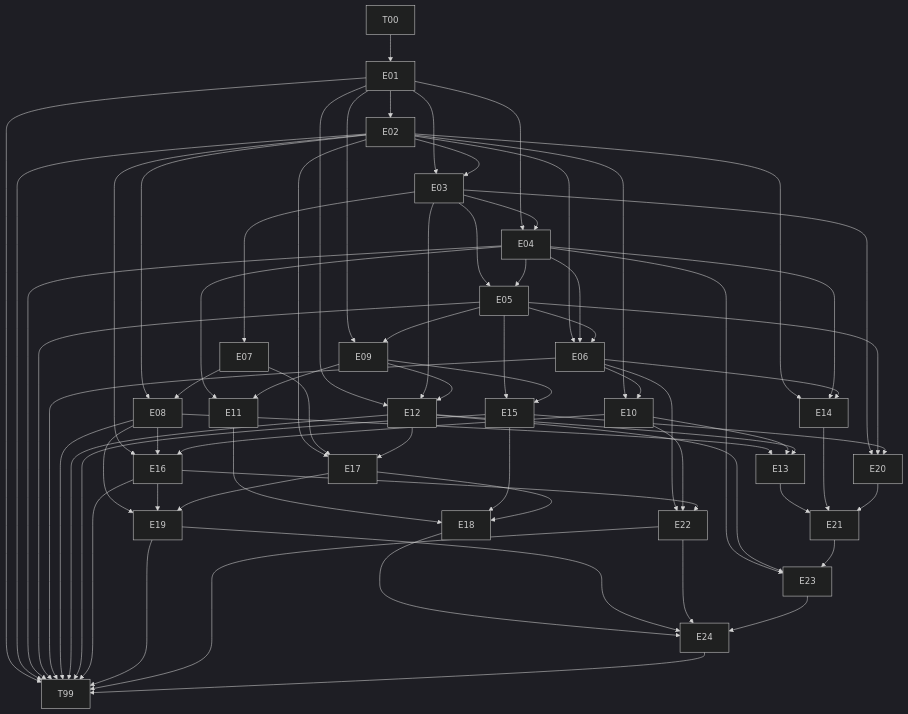
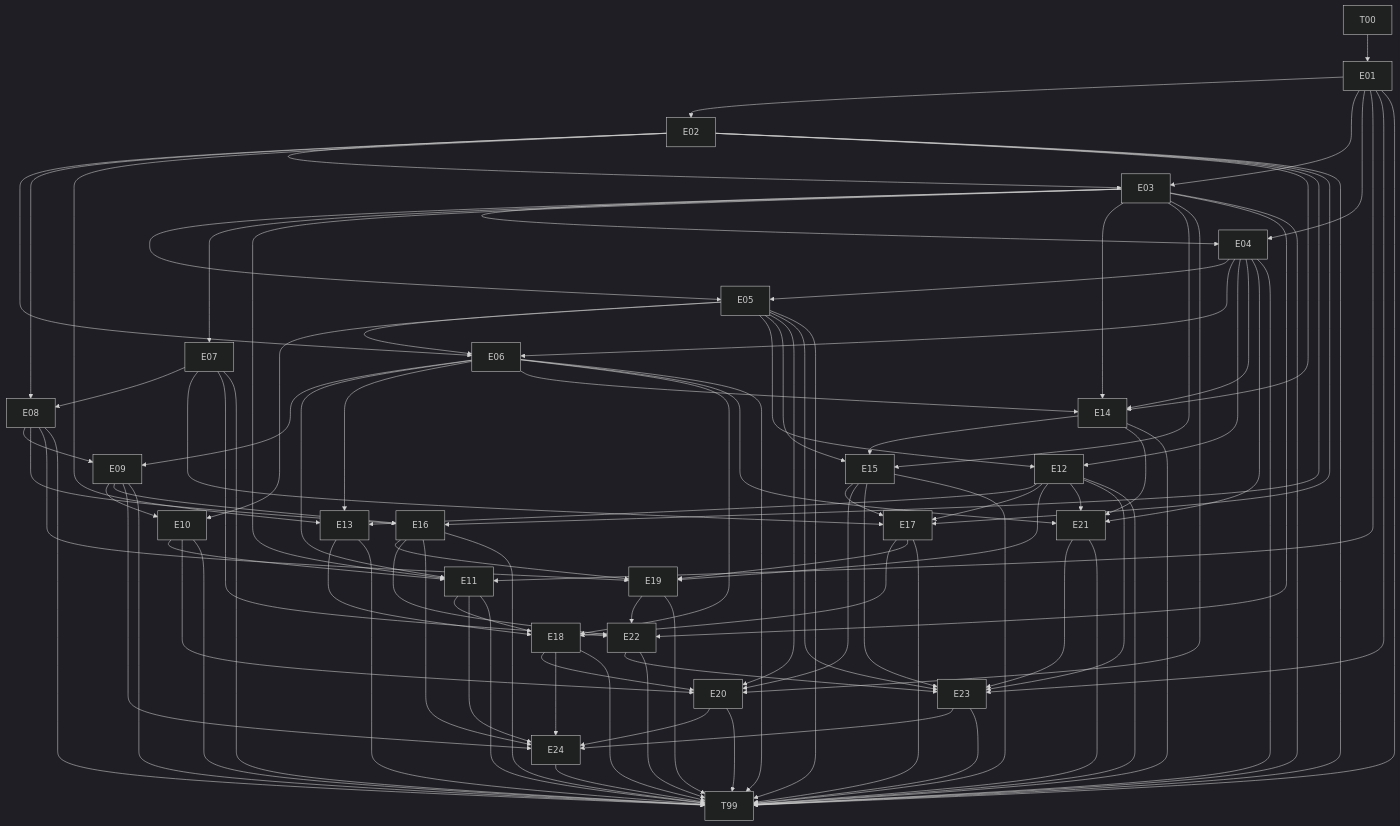
Before and after one commit to Kaloyan3D/Nexus: the diagram in benchmarks/ccv2-lhcb-02/DEPENDENCY-GRAPH.md, drawn with Mermaid (dark theme). The commit also changed other lines of this file and 41 other files, not shown here.

````diff
--- a/benchmarks/ccv2-lhcb-02/DEPENDENCY-GRAPH.md
+++ b/benchmarks/ccv2-lhcb-02/DEPENDENCY-GRAPH.md
@@ -16,61 +18,88 @@
   E03 --> E07
   E02 --> E08
   E07 --> E08
-  E01 --> E09
-  E05 --> E09
-  E02 --> E10
-  E06 --> E10
-  E04 --> E11
-  E09 --> E11
-  E01 --> E12
-  E03 --> E12
-  E09 --> E12
-  E08 --> E13
-  E10 --> E13
+  E06 --> E09
+  E08 --> E09
+  E05 --> E10
+  E09 --> E10
+  E01 --> E11
+  E03 --> E11
+  E06 --> E11
+  E10 --> E11
+  E04 --> E12
+  E05 --> E12
+  E02 --> E13
+  E06 --> E13
   E12 --> E13
   E02 --> E14
+  E03 --> E14
   E04 --> E14
   E06 --> E14
+  E03 --> E15
   E05 --> E15
-  E09 --> E15
+  E14 --> E15
   E02 --> E16
   E08 --> E16
-  E10 --> E16
+  E09 --> E16
   E02 --> E17
   E07 --> E17
   E12 --> E17
+  E15 --> E17
+  E06 --> E18
   E11 --> E18
-  E15 --> E18
+  E13 --> E18
   E17 --> E18
   E08 --> E19
+  E12 --> E19
   E16 --> E19
   E17 --> E19
   E03 --> E20
   E05 --> E20
+  E10 --> E20
   E15 --> E20
-  E13 --> E21
+  E18 --> E20
+  E04 --> E21
+  E06 --> E21
+  E12 --> E21
   E14 --> E21
-  E20 --> E21
-  E06 --> E22
-  E10 --> E22
+  E03 --> E22
+  E07 --> E22
   E16 --> E22
-  E04 --> E23
+  E19 --> E22
+  E01 --> E23
+  E05 --> E23
   E12 --> E23
+  E15 --> E23
   E21 --> E23
+  E22 --> E23
+  E09 --> E24
+  E11 --> E24
+  E16 --> E24
   E18 --> E24
-  E19 --> E24
-  E22 --> E24
+  E20 --> E24
   E23 --> E24
   E01 --> T99
   E02 --> T99
+  E03 --> T99
   E04 --> T99
   E05 --> T99
   E06 --> T99
+  E07 --> T99
   E08 --> T99
+  E09 --> T99
+  E10 --> T99
+  E11 --> T99
   E12 --> T99
+  E13 --> T99
+  E14 --> T99
   E15 --> T99
   E16 --> T99
+  E17 --> T99
+  E18 --> T99
   E19 --> T99
+  E20 --> T99
+  E21 --> T99
   E22 --> T99
+  E23 --> T99
   E24 --> T99
 ```
````
